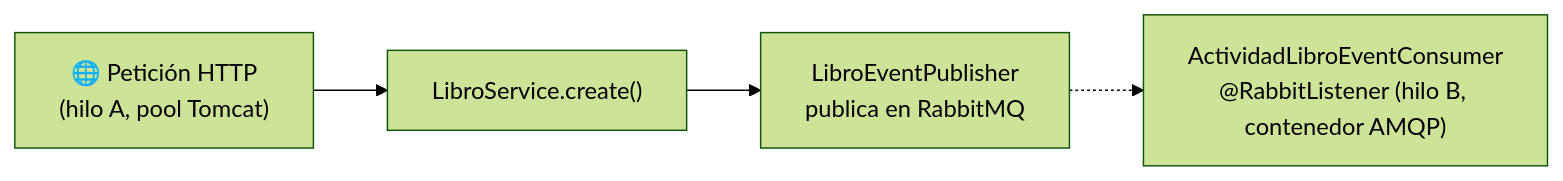
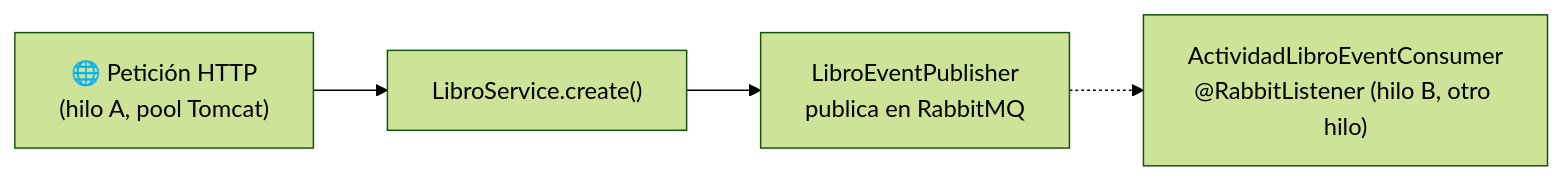
The sixth of 6 diagrams in docs/tema3/hilos-en-una-app-real.md (aitorventura/programacion-servicios-procesos), drawn with Mermaid (forest theme) before and after one commit. The commit also changed other lines of this file and 18 other files, not shown here.

````diff
--- a/docs/tema3/hilos-en-una-app-real.md
+++ b/docs/tema3/hilos-en-una-app-real.md
@@ -143,6 +417,6 @@
 ```mermaid
 flowchart LR
     A["🌐 Petición HTTP<br/>(hilo A, pool Tomcat)"] --> B["LibroService.create()"]
     B --> C["LibroEventPublisher<br/>publica en RabbitMQ"]
-    C -.-> D["ActividadLibroEventConsumer<br/>@RabbitListener (hilo B, contenedor AMQP)"]
+    C -.-> D["ActividadLibroEventConsumer<br/>@RabbitListener (hilo B, otro hilo)"]
 ```
````
